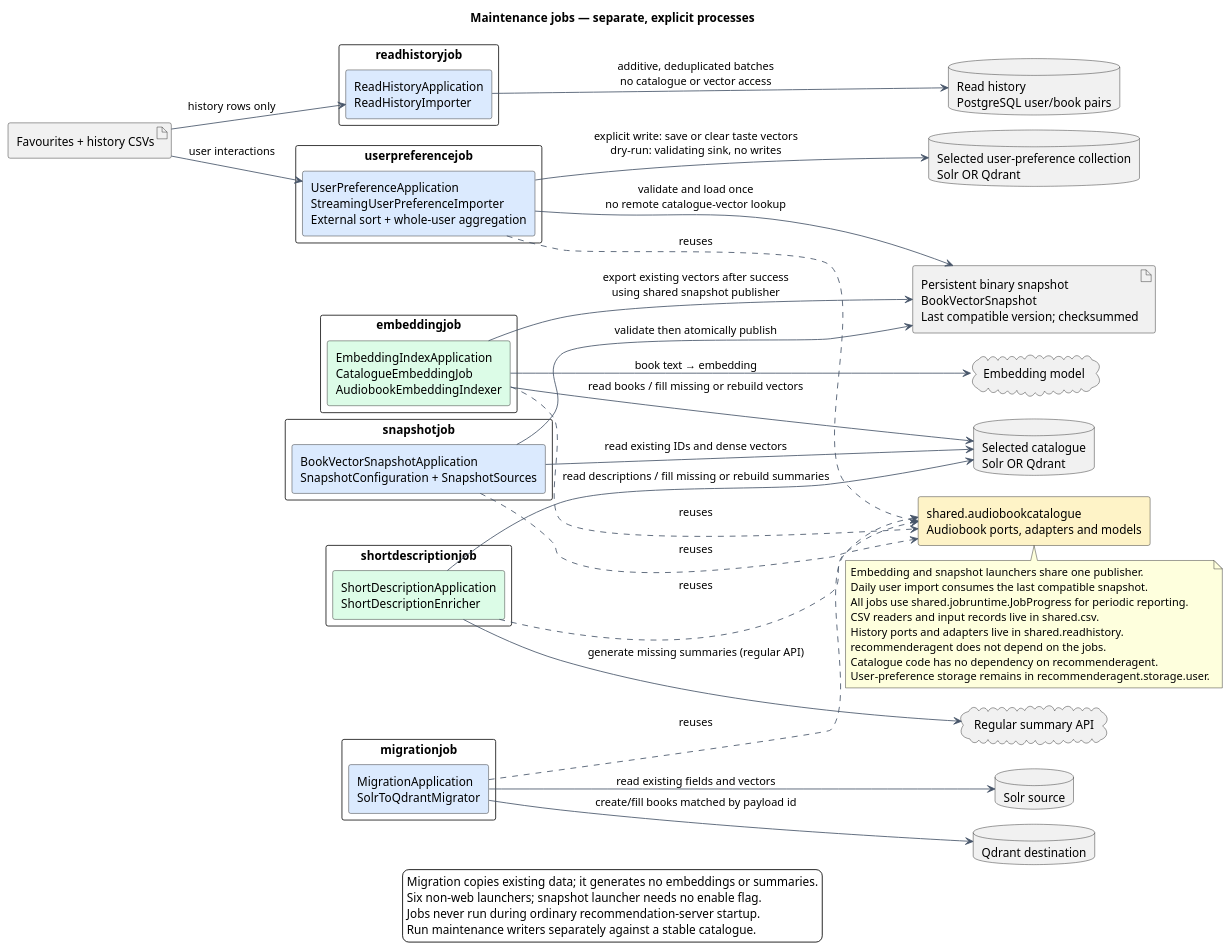
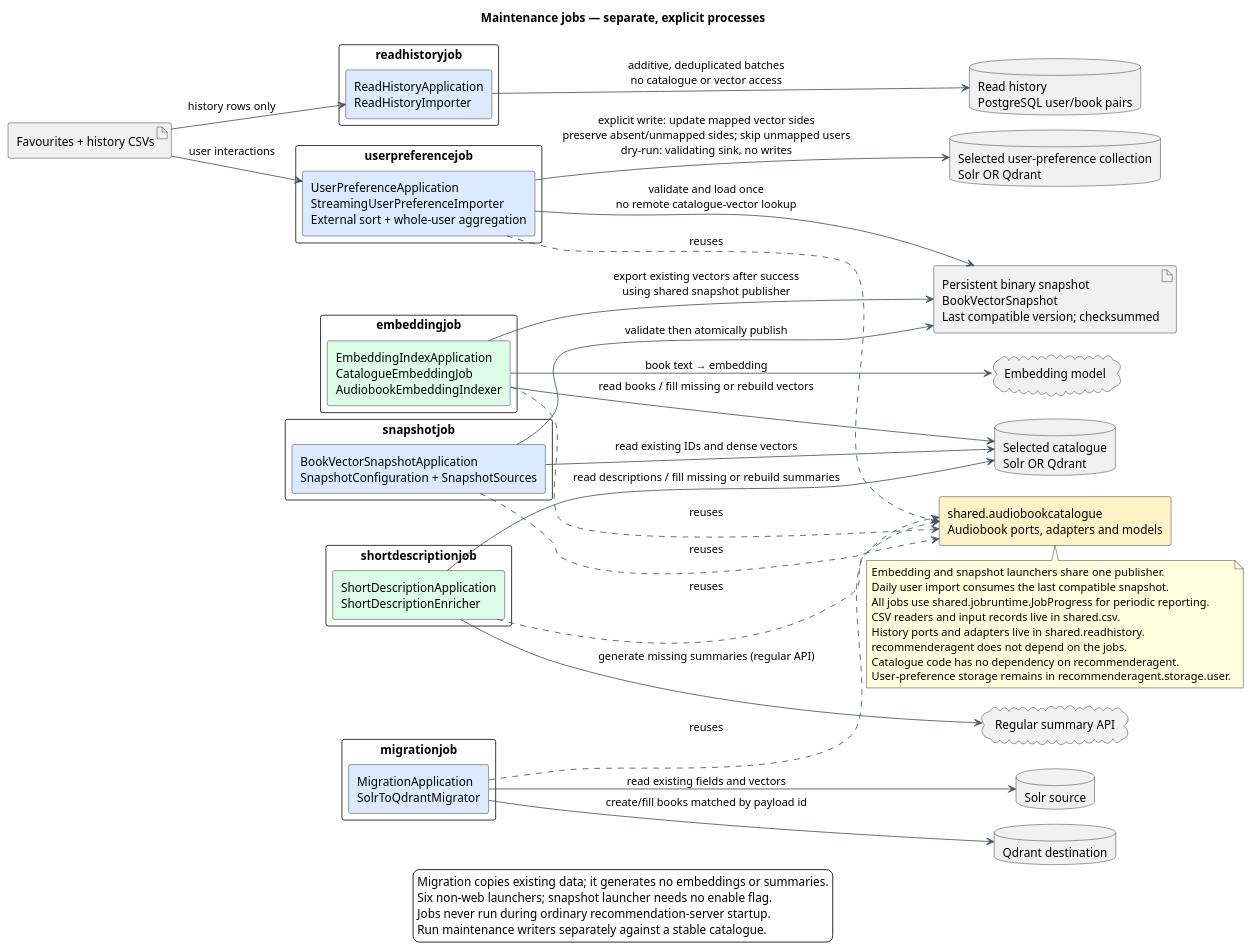
Before and after one commit to Juliu9/IT-Project: the diagram in docs/diagrams/maintenance-jobs.puml, drawn with PlantUML. The commit also changed 13 other files, not shown here.

Commit message:
Update documentation and diagrams for session preferences

```diff
--- a/docs/diagrams/maintenance-jobs.puml
+++ b/docs/diagrams/maintenance-jobs.puml
@@ -1,78 +1,78 @@
 @startuml
 !pragma layout smetana
 title Maintenance jobs — separate, explicit processes
 left to right direction
 skinparam backgroundColor #FFFFFF
 skinparam shadowing false
 skinparam componentStyle rectangle
 skinparam packageStyle rectangle
 skinparam defaultFontName SansSerif
 skinparam ArrowColor #475569
 
 package "embeddingjob" {
   component "EmbeddingIndexApplication\nCatalogueEmbeddingJob\nAudiobookEmbeddingIndexer" as Embedding #DCFCE7
 }
 package "shortdescriptionjob" {
   component "ShortDescriptionApplication\nShortDescriptionEnricher" as Summary #DCFCE7
 }
 package "migrationjob" {
   component "MigrationApplication\nSolrToQdrantMigrator" as Migration #DBEAFE
 }
 package "userpreferencejob" {
   component "UserPreferenceApplication\nStreamingUserPreferenceImporter\nExternal sort + whole-user aggregation" as Preferences #DBEAFE
 }
 package "snapshotjob" {
   component "BookVectorSnapshotApplication\nSnapshotConfiguration + SnapshotSources" as Snapshot #DBEAFE
 }
 package "readhistoryjob" {
   component "ReadHistoryApplication\nReadHistoryImporter" as History #DBEAFE
 }
 database "Read history\nPostgreSQL user/book pairs" as ReadHistoryStore
 component "shared.audiobookcatalogue\nAudiobook ports, adapters and models" as Shared #FEF3C7
 database "Selected catalogue\nSolr OR Qdrant" as Catalogue
 database "Solr source" as SolrSource
 database "Qdrant destination" as QdrantTarget
 database "Selected user-preference collection\nSolr OR Qdrant" as UserStore
 artifact "Persistent binary snapshot\nBookVectorSnapshot\nLast compatible version; checksummed" as LocalSnapshot
 artifact "Favourites + history CSVs" as CSV
 cloud "Embedding model" as EmbeddingModel
 cloud "Regular summary API" as SummaryModel
 
 Embedding ..> Shared : reuses
 Summary ..> Shared : reuses
 Migration ..> Shared : reuses
 Preferences ..> Shared : reuses
 Snapshot ..> Shared : reuses
 
 Embedding --> Catalogue : read books / fill missing or rebuild vectors
 Embedding --> EmbeddingModel : book text → embedding
 Embedding --> LocalSnapshot : export existing vectors after success\nusing shared snapshot publisher
 Snapshot --> Catalogue : read existing IDs and dense vectors
 Snapshot --> LocalSnapshot : validate then atomically publish
 Summary --> Catalogue : read descriptions / fill missing or rebuild summaries
 Summary --> SummaryModel : generate missing summaries (regular API)
 Migration --> SolrSource : read existing fields and vectors
 Migration --> QdrantTarget : create/fill books matched by payload id
 CSV --> Preferences : user interactions
 CSV --> History : history rows only
 History --> ReadHistoryStore : additive, deduplicated batches\nno catalogue or vector access
 Preferences --> LocalSnapshot : validate and load once\nno remote catalogue-vector lookup
-Preferences --> UserStore : explicit write: save or clear taste vectors\ndry-run: validating sink, no writes
+Preferences --> UserStore : explicit write: update mapped vector sides\npreserve absent/unmapped sides; skip unmapped users\ndry-run: validating sink, no writes
 
 note bottom of Shared
   Embedding and snapshot launchers share one publisher.
   Daily user import consumes the last compatible snapshot.
   All jobs use shared.jobruntime.JobProgress for periodic reporting.
   CSV readers and input records live in shared.csv.
   History ports and adapters live in shared.readhistory.
   recommenderagent does not depend on the jobs.
   Catalogue code has no dependency on recommenderagent.
   User-preference storage remains in recommenderagent.storage.user.
 end note
 legend bottom
   Migration copies existing data; it generates no embeddings or summaries.
   Six non-web launchers; snapshot launcher needs no enable flag.
   Jobs never run during ordinary recommendation-server startup.
   Run maintenance writers separately against a stable catalogue.
 endlegend
 @enduml
```
